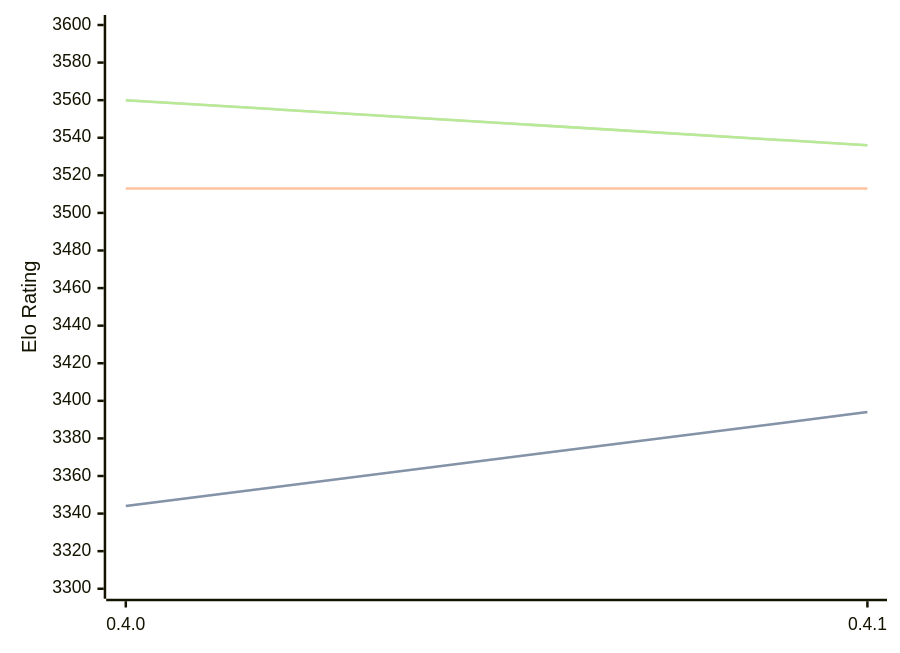
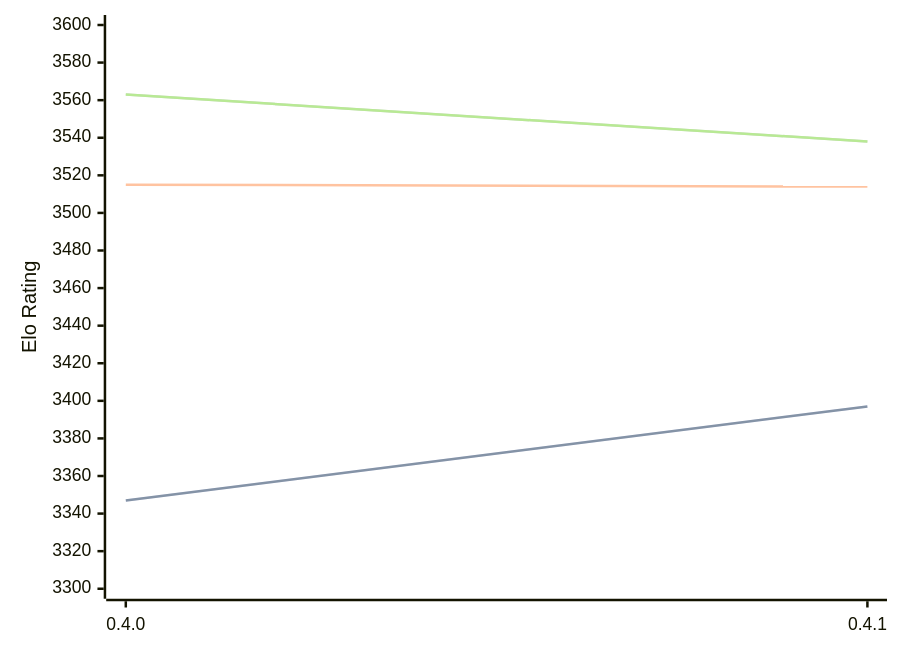
One commit to computer-chess-index/cci changed the diagram in engines/Cinder.md. Above: the diagram before and after it, drawn with Mermaid. The commit also changed other lines of this file, not shown here.

Commit message:
Update CCI Ratings (ELO VLTC) - 2026-02-20

````diff
--- a/engines/Cinder.md
+++ b/engines/Cinder.md
@@ -37,11 +37,11 @@
 ```mermaid
 %%{init: {"theme":"base","themeVariables":{"seriesColors:['#a3a3a3','#222221','#faa371']}}}%%
 xychart-beta
   x-axis ["0.4.0", "0.4.1"]
   y-axis "Elo Rating" 3300 --> 3600
-  line "STC (8.0+0.08s)" [3344, 3394]
-  line "STC (8.0+0.08s)" [3344, 3394]
-  line "LTC (60.0+0.60s)" [3513, 3513]
-  line "VLTC (2m24s+1.12s)" [3560, 3536]
-  line "VLTC (2m24s+1.12s)" [3560, 3536]
+  line "STC (8.0+0.08s)" [3347, 3397]
+  line "STC (8.0+0.08s)" [3347, 3397]
+  line "LTC (60.0+0.60s)" [3515, 3514]
+  line "VLTC (2m24s+1.12s)" [3563, 3538]
+  line "VLTC (2m24s+1.12s)" [3563, 3538]
 ```
````
